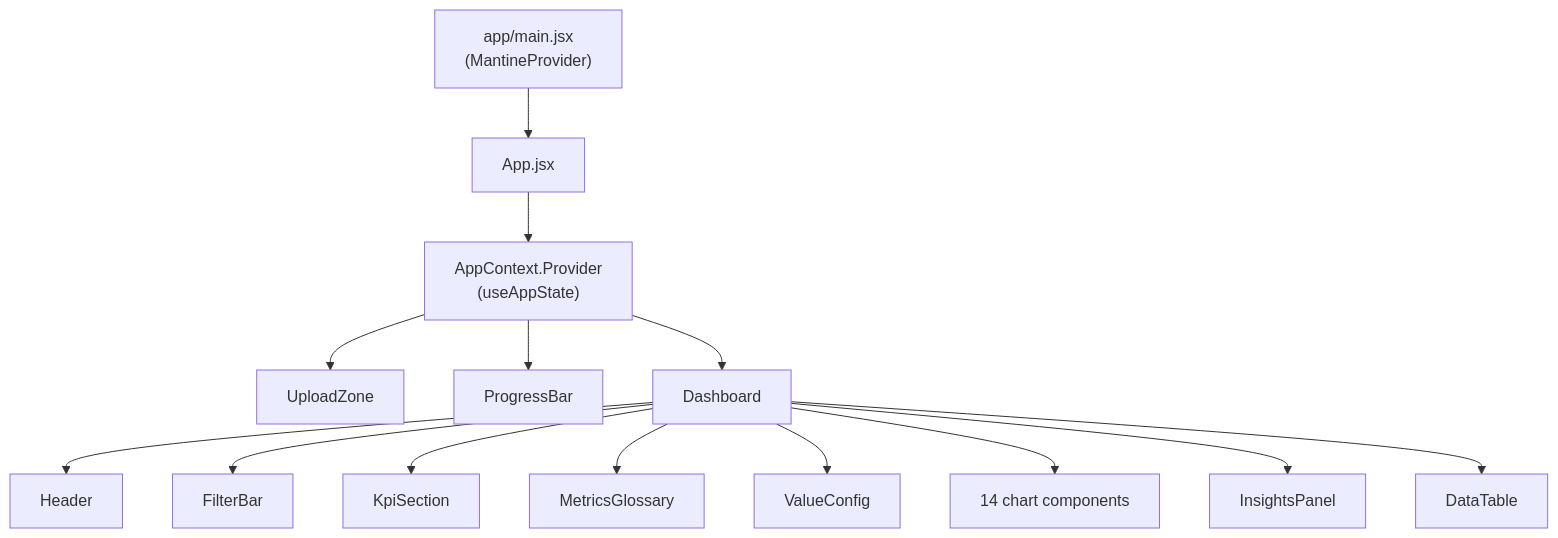
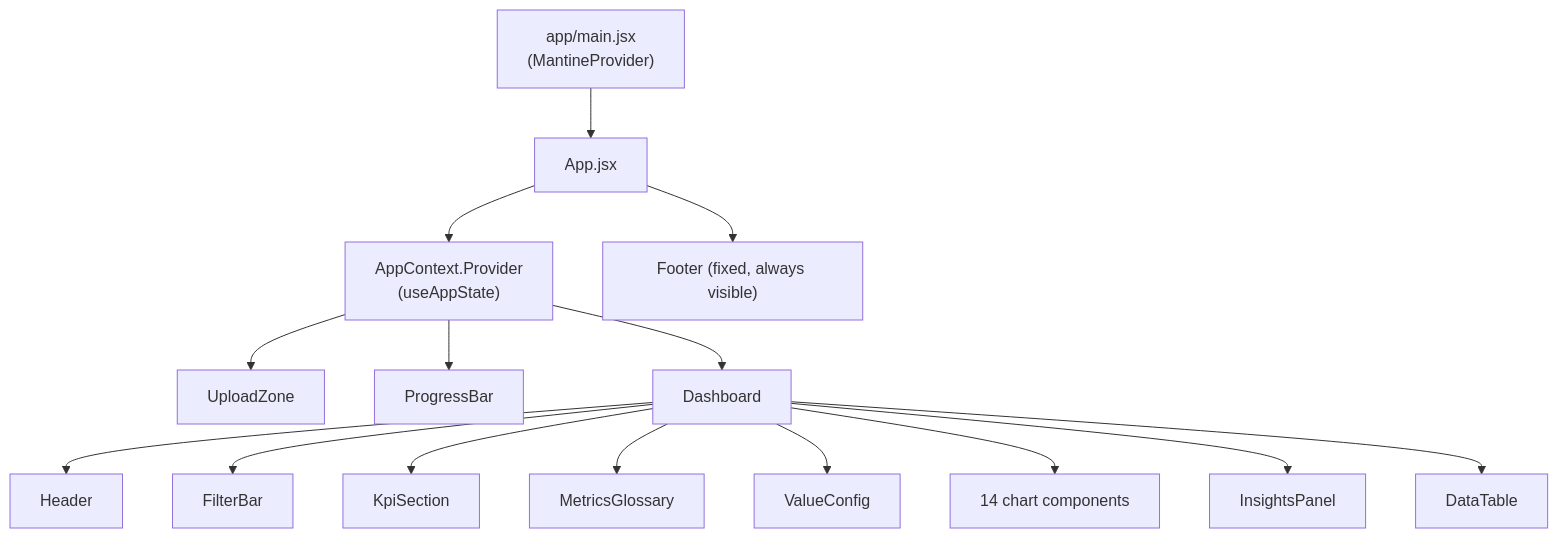
Before and after one commit to kinncj/GitHub-Copilot-Enterprise-Dashboard: the third of 4 diagrams in docs/architecture.md, drawn with Mermaid. The commit also changed other lines of this file and 5 other files, not shown here.

````diff
--- a/docs/architecture.md
+++ b/docs/architecture.md
@@ -71,17 +71,18 @@
 ```mermaid
 graph TD
     main["app/main.jsx\n(MantineProvider)"] --> App["App.jsx"]
     App --> CTX["AppContext.Provider\n(useAppState)"]
+    App --> Footer["Footer (fixed, always visible)"]
     CTX --> Upload["UploadZone"]
     CTX --> Progress["ProgressBar"]
     CTX --> Dashboard["Dashboard"]
 
     Dashboard --> Header
     Dashboard --> FilterBar
     Dashboard --> KpiSection
     Dashboard --> MetricsGlossary
     Dashboard --> ValueConfig
     Dashboard --> Charts["14 chart components"]
     Dashboard --> InsightsPanel
     Dashboard --> DataTable
 ```
````
